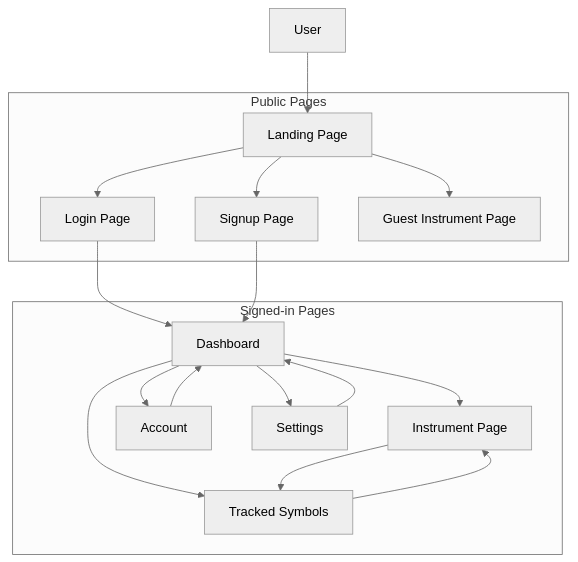
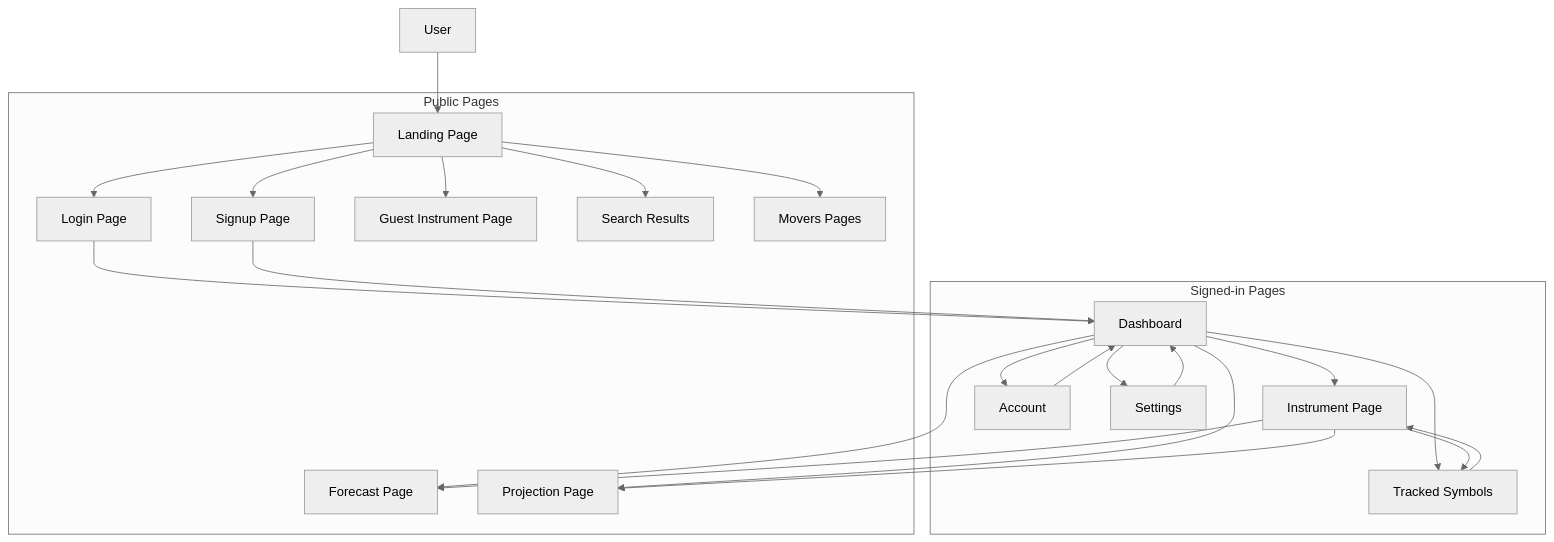
The diagram in docs/FRONTEND_DIAGRAM.md (bamswag/MarketMetrics), drawn with Mermaid (neutral theme) before and after one commit. The commit also changed other lines of this file and 14 other files, not shown here.

````diff
--- a/docs/FRONTEND_DIAGRAM.md
+++ b/docs/FRONTEND_DIAGRAM.md
@@ -5,36 +5,46 @@
 ```mermaid
 flowchart TD
     U["User"]
 
     subgraph Public["Public Pages"]
         L["Landing Page"]
         LI["Login Page"]
         SU["Signup Page"]
         GI["Guest Instrument Page"]
+        SR["Search Results"]
+        MO["Movers Pages"]
+        FC["Forecast Page"]
+        PR["Projection Page"]
     end
 
     subgraph App["Signed-in Pages"]
         D["Dashboard"]
         TS["Tracked Symbols"]
         I["Instrument Page"]
         AC["Account"]
         ST["Settings"]
     end
 
     U --> L
     L --> LI
     L --> SU
     L --> GI
+    L --> SR
+    L --> MO
     LI --> D
     SU --> D
 
     D --> I
     D --> TS
     D --> AC
     D --> ST
+    D --> FC
+    D --> PR
 
     TS --> I
     I --> TS
+    I --> FC
+    I --> PR
     AC --> D
     ST --> D
 ```
````
